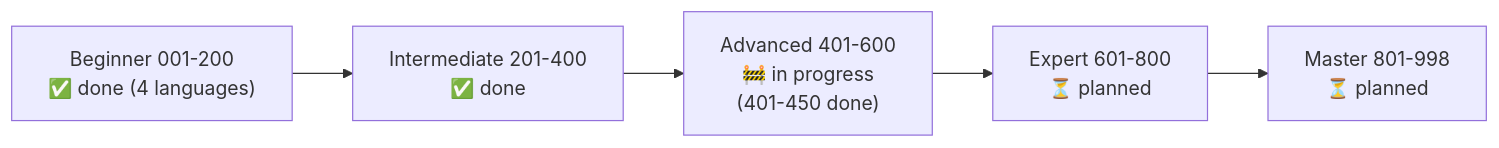
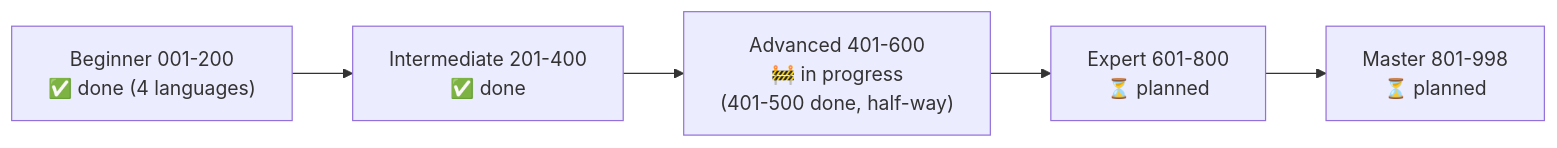
One commit to metodiev/Cracking-Coding changed the sixth of 6 diagrams in tutorials/README.md. Above: the diagram before and after it, drawn with Mermaid. The commit also changed other lines of this file and 252 other files, not shown here.

````diff
--- a/tutorials/README.md
+++ b/tutorials/README.md
@@ -159,7 +160,7 @@
 ```mermaid
 flowchart LR
     B1["Beginner 001-200<br/>✅ done (4 languages)"] --> I1["Intermediate 201-400<br/>✅ done"]
-    I1 --> A["Advanced 401-600<br/>🚧 in progress<br/>(401-450 done)"]
+    I1 --> A["Advanced 401-600<br/>🚧 in progress<br/>(401-500 done, half-way)"]
     A --> E["Expert 601-800<br/>⏳ planned"]
     E --> M["Master 801-998<br/>⏳ planned"]
 ```
````
